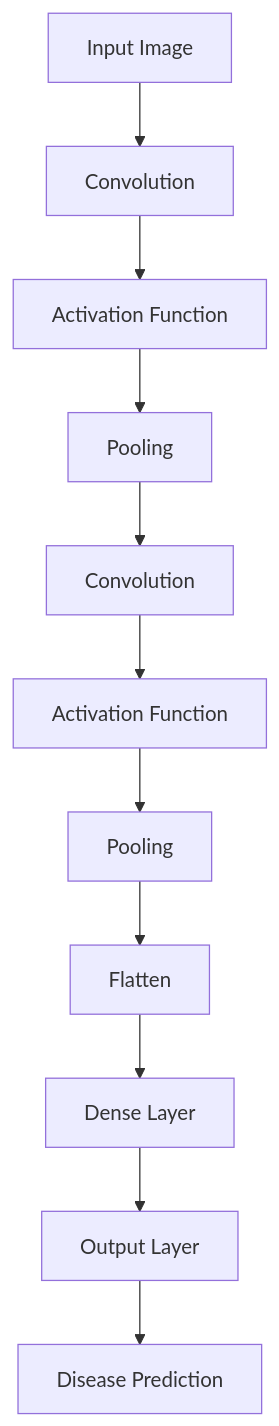
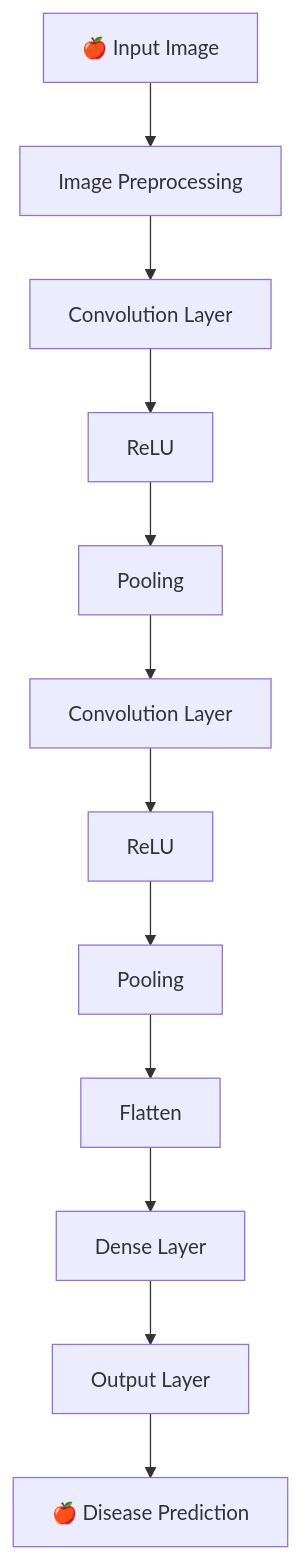
One commit to rushirathod22/Deep_Learning_Assignment changed the sixth of 9 diagrams in README.md. Above: the diagram before and after it, drawn with Mermaid. The commit also changed other lines of this file, not shown here.

````diff
--- a/README.md
+++ b/README.md
@@ -229,13 +321,26 @@
 ```mermaid
 flowchart TD
-    A[Input Image] --> B[Convolution]
-    B --> C[Activation Function]
-    C --> D[Pooling]
-    D --> E[Convolution]
-    E --> F[Activation Function]
-    F --> G[Pooling]
-    G --> H[Flatten]
-    H --> I[Dense Layer]
-    I --> J[Output Layer]
-    J --> K[Disease Prediction]
+
+A["🍎 Input Image"]
+--> B["Image Preprocessing"]
+
+B --> C["Convolution Layer"]
+
+C --> D["ReLU"]
+
+D --> E["Pooling"]
+
+E --> F["Convolution Layer"]
+
+F --> G["ReLU"]
+
+G --> H["Pooling"]
+
+H --> I["Flatten"]
+
+I --> J["Dense Layer"]
+
+J --> K["Output Layer"]
+
+K --> L["🍎 Disease Prediction"]
 ```
````
